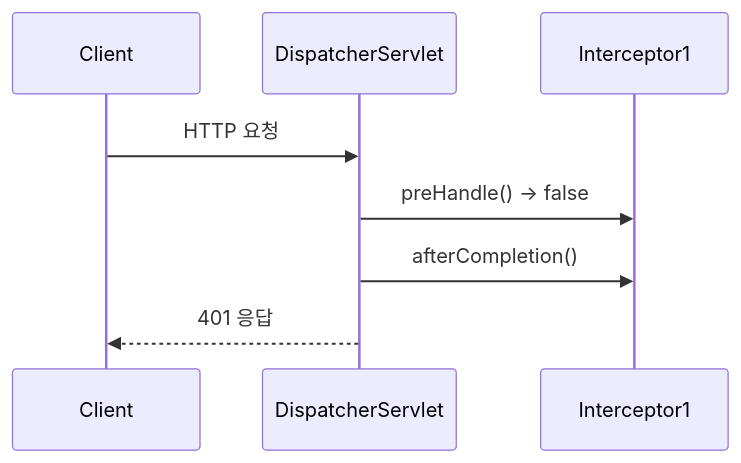
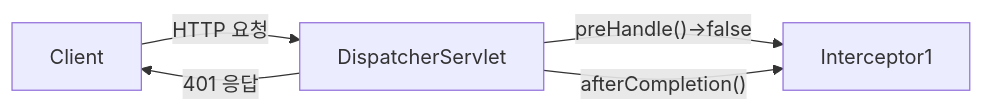
One commit to yjkim2015/yjkim2015.github.io changed the fourth of 8 diagrams in _posts/spring/2026-05-02-spring-interceptor.md. Above: the diagram before and after it, drawn with Mermaid. The commit also changed other lines of this file and 32 other files, not shown here.

First line of the commit message:
sequenceDiagram 82개 → graph LR 변환 완료

````diff
--- a/_posts/spring/2026-05-02-spring-interceptor.md
+++ b/_posts/spring/2026-05-02-spring-interceptor.md
@@ -341,10 +337,7 @@
 ```mermaid
-sequenceDiagram
-    participant C as Client
-    participant DS as DispatcherServlet
-    participant I1 as Interceptor1
-    C->>DS: HTTP 요청
-    DS->>I1: preHandle() → false
-    DS->>I1: afterCompletion()
-    DS-->>C: 401 응답
+graph LR
+    C["Client"] -->|"HTTP 요청"| DS["DispatcherServlet"]
+    DS -->|"preHandle()→false"| I1["Interceptor1"]
+    DS -->|"afterCompletion()"| I1
+    DS -->|"401 응답"| C
 ```
````
